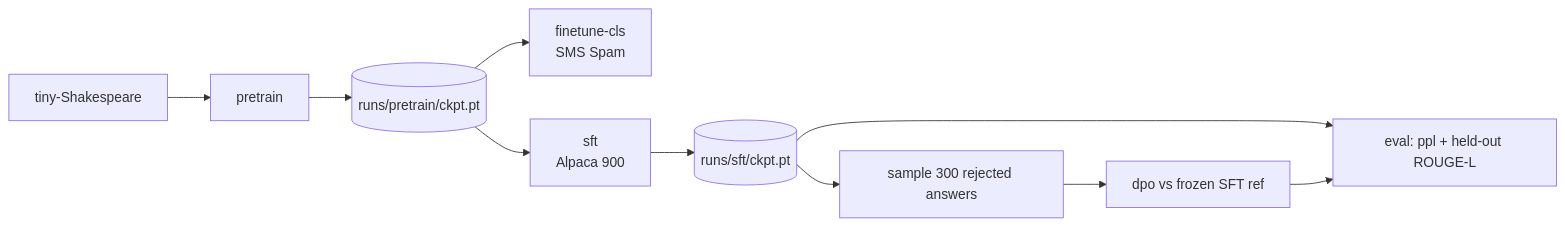
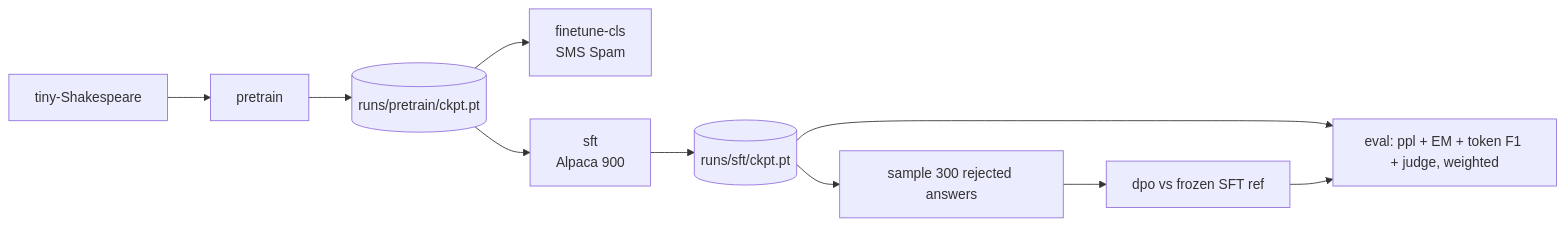
The second of 2 diagrams in README.md (d41sys/minigpt), drawn with Mermaid before and after one commit. The commit also changed other lines of this file and 3 other files, not shown here.

Commit message:
feat: lesson-41 eval pipeline (perplexity, exact match, token F1, mock judge, weighted report)

````diff
--- a/README.md
+++ b/README.md
@@ -39,8 +39,8 @@
 ```mermaid
 flowchart LR
     TS[tiny-Shakespeare] --> PT[pretrain] --> CK[(runs/pretrain/ckpt.pt)]
     CK --> CLS[finetune-cls<br/>SMS Spam]
     CK --> SFT[sft<br/>Alpaca 900] --> SCK[(runs/sft/ckpt.pt)]
     SCK --> GEN[sample 300 rejected answers] --> DPO[dpo vs frozen SFT ref]
-    SCK & DPO --> EV[eval: ppl + held-out ROUGE-L]
+    SCK & DPO --> EV[eval: ppl + EM + token F1 + judge, weighted]
 ```
````
